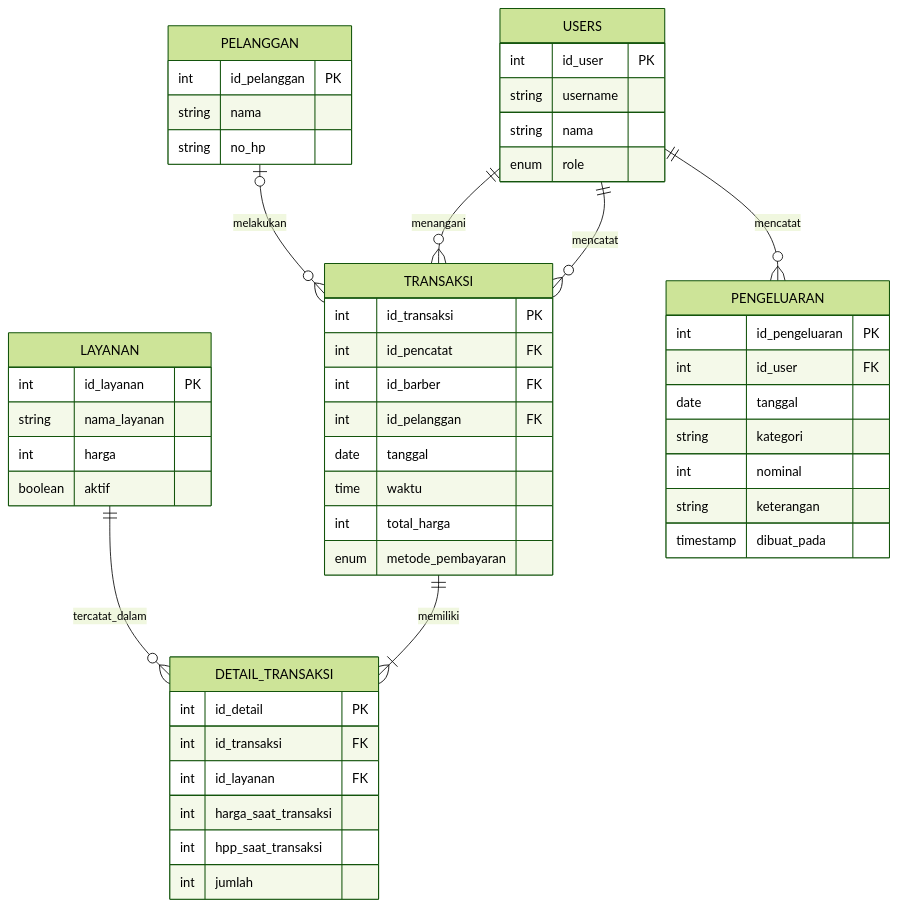
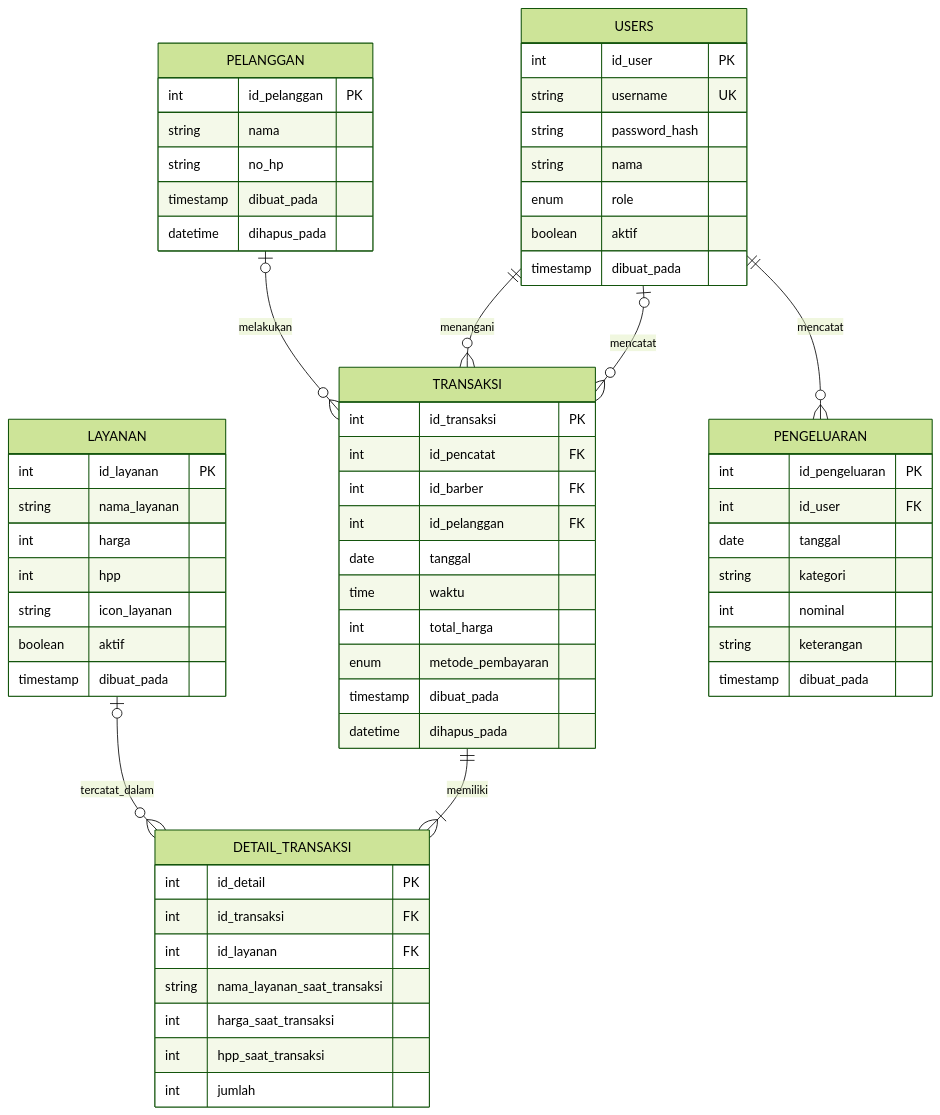
Before and after one commit to elkhaa151105-droid/KELOMPOK-5: the diagram in database/ERD.md, drawn with Mermaid (forest theme). The commit also changed other lines of this file and 15 other files, not shown here.

````diff
--- a/database/ERD.md
+++ b/database/ERD.md
@@ -3,59 +3,70 @@
 ```mermaid
 erDiagram
-    USERS ||--o{ TRANSAKSI : mencatat
+    USERS |o--o{ TRANSAKSI : mencatat
     USERS ||--o{ TRANSAKSI : menangani
     PELANGGAN o|--o{ TRANSAKSI : melakukan
     TRANSAKSI ||--|{ DETAIL_TRANSAKSI : memiliki
-    LAYANAN ||--o{ DETAIL_TRANSAKSI : tercatat_dalam
+    LAYANAN |o--o{ DETAIL_TRANSAKSI : tercatat_dalam
     USERS ||--o{ PENGELUARAN : mencatat
 
     USERS {
         int id_user PK
-        string username
+        string username UK
+        string password_hash
         string nama
         enum role
+        boolean aktif
+        timestamp dibuat_pada
     }
 
     PELANGGAN {
         int id_pelanggan PK
         string nama
         string no_hp
+        timestamp dibuat_pada
+        datetime dihapus_pada
     }
 
     TRANSAKSI {
         int id_transaksi PK
         int id_pencatat FK
         int id_barber FK
         int id_pelanggan FK
         date tanggal
         time waktu
         int total_harga
         enum metode_pembayaran
+        timestamp dibuat_pada
+        datetime dihapus_pada
     }
 
     DETAIL_TRANSAKSI {
         int id_detail PK
         int id_transaksi FK
         int id_layanan FK
+        string nama_layanan_saat_transaksi
         int harga_saat_transaksi
         int hpp_saat_transaksi
         int jumlah
     }
 
     LAYANAN {
         int id_layanan PK
         string nama_layanan
         int harga
+        int hpp
+        string icon_layanan
         boolean aktif
+        timestamp dibuat_pada
     }
 
     PENGELUARAN {
         int id_pengeluaran PK
         int id_user FK
         date tanggal
         string kategori
         int nominal
         string keterangan
         timestamp dibuat_pada
     }
 ```
````
